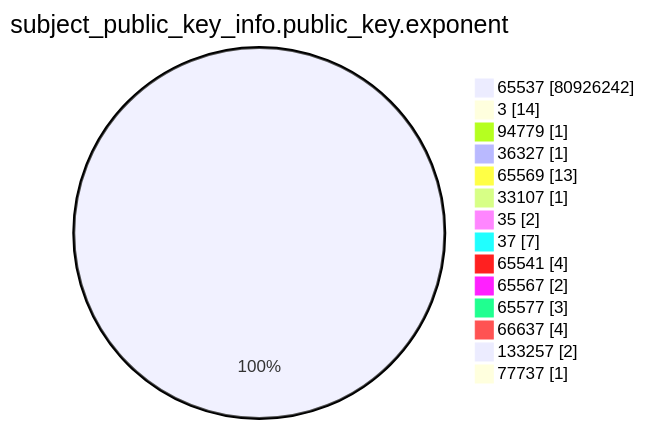
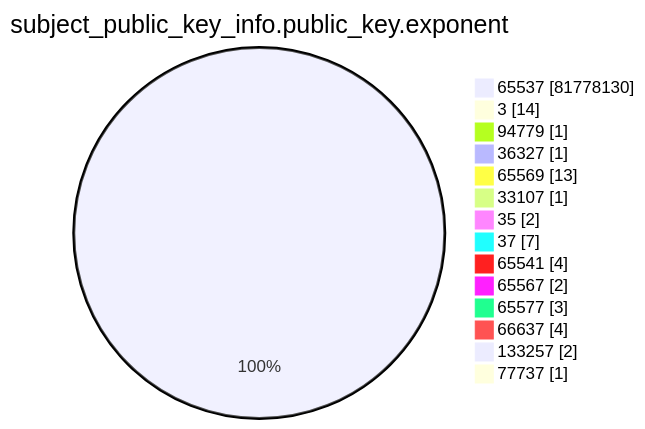
One commit to christiankrug/ctmonitor_visualization changed the fourth of 15 diagrams in argon2023/README.md. Above: the diagram before and after it, drawn with Mermaid. The commit also changed other lines of this file, not shown here.

````diff
--- a/argon2023/README.md
+++ b/argon2023/README.md
@@ -1241,18 +1243,18 @@
 ```mermaid
 pie showData
 title subject_public_key_info.public_key.exponent
-"65537" :80926242
+"65537" :81778130
 "3" :14
 "94779" :1
 "36327" :1
 "65569" :13
 "33107" :1
 "35" :2
 "37" :7
 "65541" :4
 "65567" :2
 "65577" :3
 "66637" :4
 "133257" :2
 "77737" :1
 ```
````
